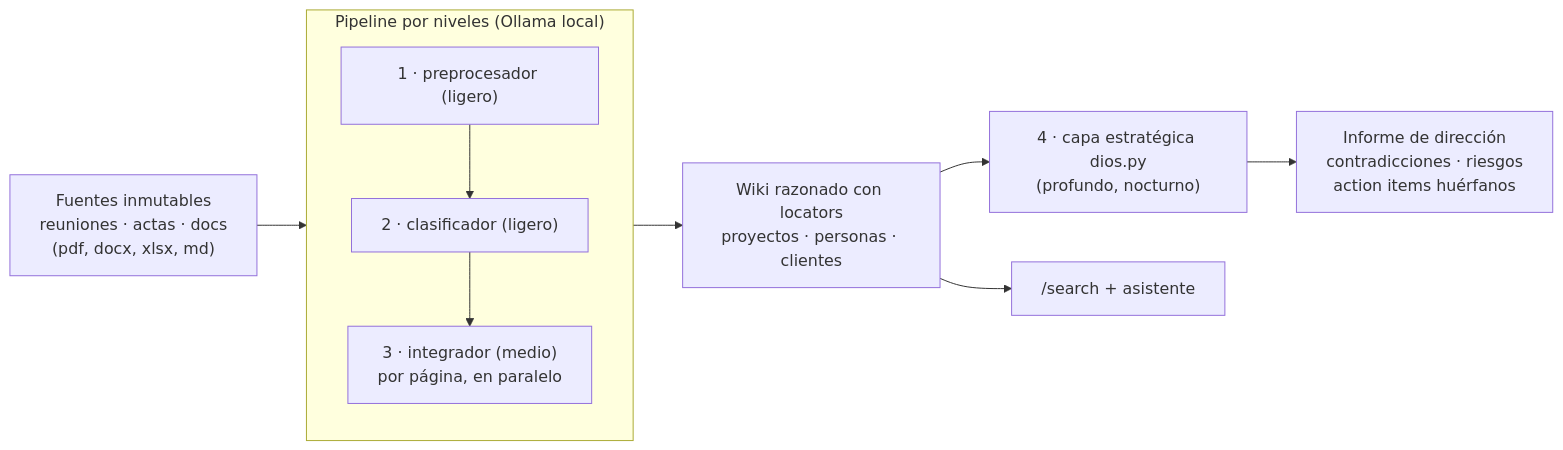
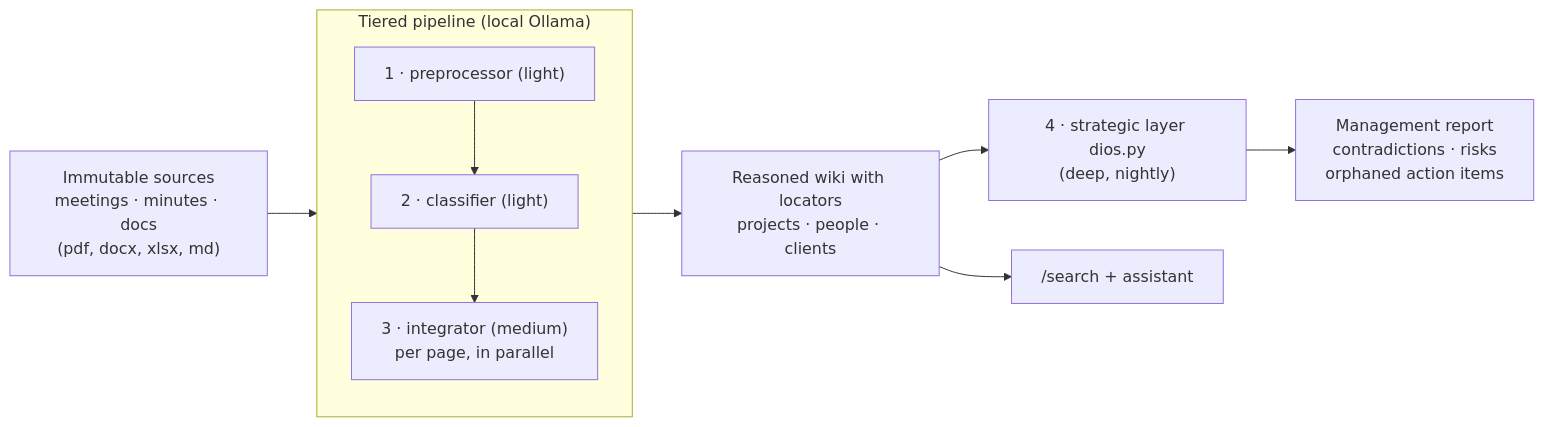
Before and after one commit to J0013/ZOE: the diagram in README.md, drawn with Mermaid. The commit also changed other lines of this file and 1 other file, not shown here.

Commit message:
docs(readme): README principal en ingles; version original en README.es.md con selector de idioma

````diff
--- a/README.md
+++ b/README.md
@@ -38,16 +36,16 @@
 ```mermaid
 flowchart LR
-    A["Fuentes inmutables<br/>reuniones · actas · docs<br/>(pdf, docx, xlsx, md)"]
-    subgraph P["Pipeline por niveles (Ollama local)"]
+    A["Immutable sources<br/>meetings · minutes · docs<br/>(pdf, docx, xlsx, md)"]
+    subgraph P["Tiered pipeline (local Ollama)"]
         direction TB
-        B1["1 · preprocesador (ligero)"] --> B2["2 · clasificador (ligero)"]
-        B2 --> B3["3 · integrador (medio)<br/>por página, en paralelo"]
+        B1["1 · preprocessor (light)"] --> B2["2 · classifier (light)"]
+        B2 --> B3["3 · integrator (medium)<br/>per page, in parallel"]
     end
-    W["Wiki razonado con locators<br/>proyectos · personas · clientes"]
-    D["4 · capa estratégica dios.py<br/>(profundo, nocturno)"]
-    R["Informe de dirección<br/>contradicciones · riesgos<br/>action items huérfanos"]
-    S["/search + asistente"]
+    W["Reasoned wiki with locators<br/>projects · people · clients"]
+    D["4 · strategic layer dios.py<br/>(deep, nightly)"]
+    R["Management report<br/>contradictions · risks<br/>orphaned action items"]
+    S["/search + assistant"]
     A --> P --> W
     W --> D --> R
     W --> S
 ```
````
